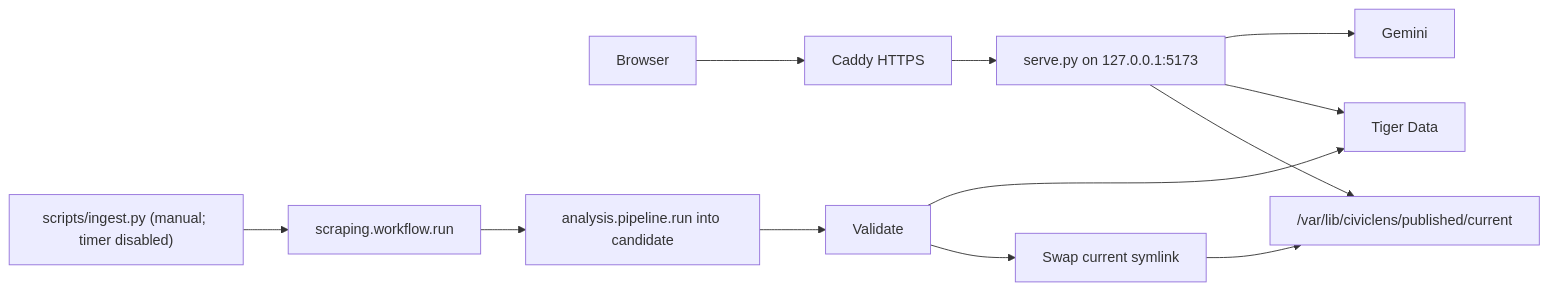
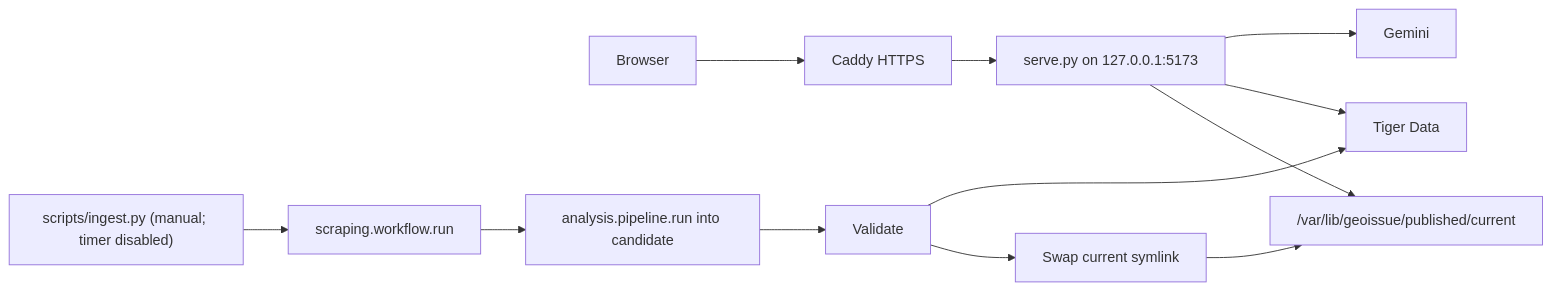
One commit to GoldenGlint/GeoIssue-HTV11 changed the diagram in vultr-plan.md. Above: the diagram before and after it, drawn with Mermaid. The commit also changed other lines of this file and 84 other files, not shown here.

````diff
--- a/vultr-plan.md
+++ b/vultr-plan.md
@@ -13,14 +13,14 @@
 ```mermaid
 flowchart LR
     Browser[Browser] --> Caddy[Caddy HTTPS]
     Caddy --> App["serve.py on 127.0.0.1:5173"]
     App --> Gemini[Gemini]
     App --> Tiger[Tiger Data]
-    App --> Published["/var/lib/civiclens/published/current"]
+    App --> Published["/var/lib/geoissue/published/current"]
     Ingest["scripts/ingest.py (manual; timer disabled)"] --> Workflow["scraping.workflow.run"]
     Workflow --> Analysis["analysis.pipeline.run into candidate"]
     Analysis --> Validate[Validate]
     Validate --> Tiger
     Validate --> Swap["Swap current symlink"]
     Swap --> Published
 ```
````
